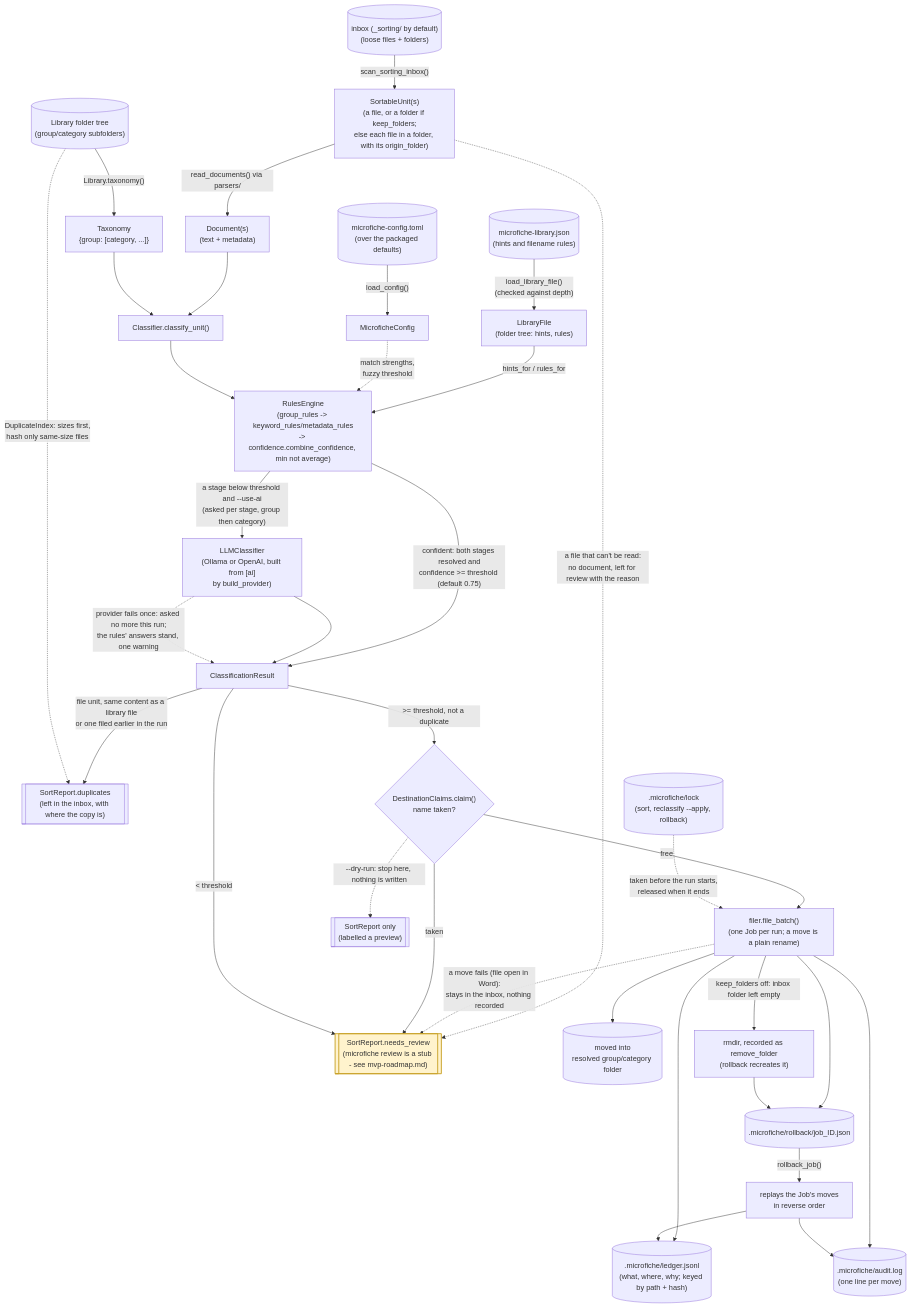
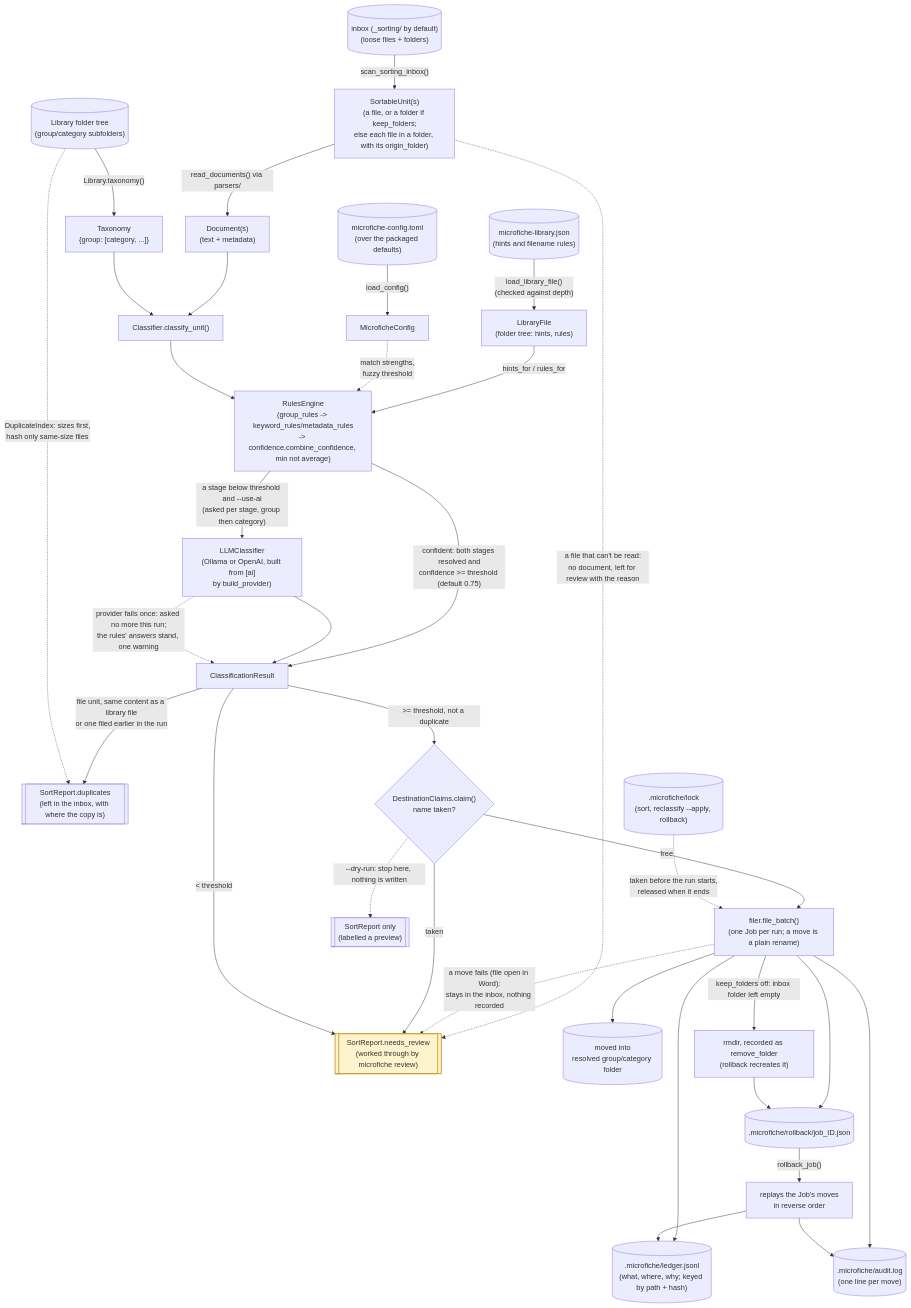
One commit to richard-gledhill/microfiche changed the second of 2 diagrams in docs/development/module-diagram.md. Above: the diagram before and after it, drawn with Mermaid. The commit also changed other lines of this file and 19 other files, not shown here.

````diff
--- a/docs/development/module-diagram.md
+++ b/docs/development/module-diagram.md
@@ -274,47 +292,47 @@
 ```mermaid
 flowchart TD
     LibraryTree[("Library folder tree\n(group/category subfolders)")]
     SortingInbox[("inbox (_sorting/ by default)\n(loose files + folders)")]
     ConfigFile[("microfiche-config.toml\n(over the packaged defaults)")]
     LibraryFileJson[("microfiche-library.json\n(hints and filename rules)")]
 
     LibraryTree -->|"Library.taxonomy()"| Taxonomy["Taxonomy\n{group: [category, ...]}"]
     ConfigFile -->|"load_config()"| Config["MicroficheConfig"]
     LibraryFileJson -->|"load_library_file()\n(checked against depth)"| LibraryFile["LibraryFile\n(folder tree: hints, rules)"]
     SortingInbox -->|"scan_sorting_inbox()"| Units["SortableUnit(s)\n(a file, or a folder if keep_folders;\nelse each file in a folder, with its origin_folder)"]
     Units -->|"read_documents() via parsers/"| Documents["Document(s)\n(text + metadata)"]
     Units -.->|"a file that can't be read:\nno document, left for review with the reason"| NeedsReview
 
     Documents --> ClassifyUnit["Classifier.classify_unit()"]
     Taxonomy --> ClassifyUnit
     LibraryFile -->|"hints_for / rules_for"| RulesEngine
     Config -.->|"match strengths,\nfuzzy threshold"| RulesEngine
     ClassifyUnit --> RulesEngine["RulesEngine\n(group_rules -> keyword_rules/metadata_rules\n-> confidence.combine_confidence, min not average)"]
     RulesEngine -->|"confident: both stages resolved and\nconfidence >= threshold (default 0.75)"| Result["ClassificationResult"]
     RulesEngine -->|"a stage below threshold and --use-ai\n(asked per stage, group then category)"| LLM["LLMClassifier\n(Ollama or OpenAI, built from [ai]\nby build_provider)"]
     LLM --> Result
     LLM -.->|"provider fails once: asked no more this run;\nthe rules' answers stand, one warning"| Result
 
     Result -->|"file unit, same content as a library file\nor one filed earlier in the run"| Duplicates[["SortReport.duplicates\n(left in the inbox, with where the copy is)"]]
     LibraryTree -.->|"DuplicateIndex: sizes first,\nhash only same-size files"| Duplicates
     Result -->|">= threshold, not a duplicate"| Claim{"DestinationClaims.claim()\nname taken?"}
     Claim -->|"free"| FileUnit["filer.file_batch()\n(one Job per run; a move is a plain rename)"]
     Claim -.->|"--dry-run: stop here, nothing is written"| Preview[["SortReport only\n(labelled a preview)"]]
     RunLock[(".microfiche/lock\n(sort, reclassify --apply, rollback)")] -.->|"taken before the run starts,\nreleased when it ends"| FileUnit
     FileUnit -.->|"a move fails (file open in Word):\nstays in the inbox, nothing recorded"| NeedsReview
-    Claim -->|"taken"| NeedsReview[["SortReport.needs_review\n(microfiche review is a stub - see mvp-roadmap.md)"]]
+    Claim -->|"taken"| NeedsReview[["SortReport.needs_review\n(worked through by microfiche review)"]]
     Result -->|"< threshold"| NeedsReview
 
     FileUnit --> FiledDoc[("moved into\nresolved group/category folder")]
     FileUnit --> Ledger[(".microfiche/ledger.jsonl\n(what, where, why; keyed by path + hash)")]
     FileUnit --> AuditLog[(".microfiche/audit.log\n(one line per move)")]
     FileUnit --> JobFile[(".microfiche/rollback/job_ID.json")]
     FileUnit -->|"keep_folders off: inbox folder left empty"| RemoveFolder["rmdir, recorded as remove_folder\n(rollback recreates it)"]
     RemoveFolder --> JobFile
     JobFile -->|"rollback_job()"| Rollback["replays the Job's moves\nin reverse order"]
     Rollback --> Ledger
     Rollback --> AuditLog
 
     classDef gap fill:#fff3cd,stroke:#c9a227,stroke-width:2px
     class NeedsReview gap
 ```
````
